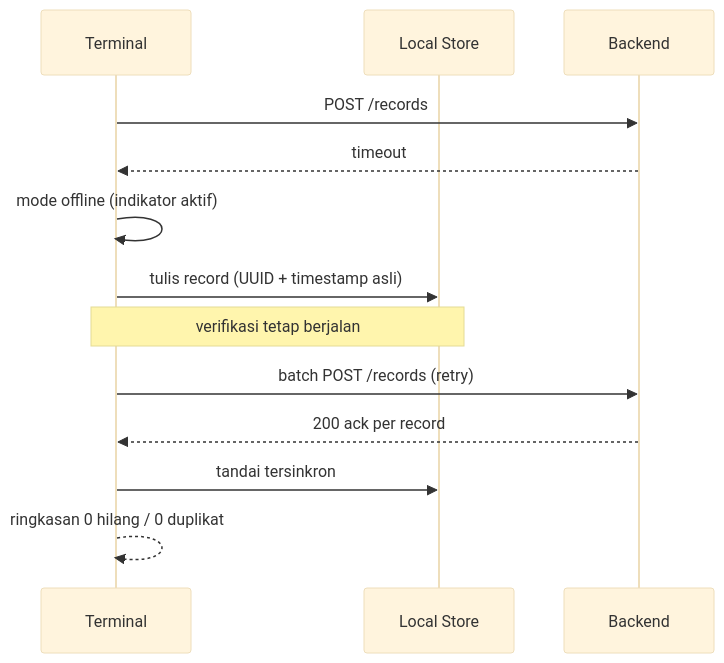
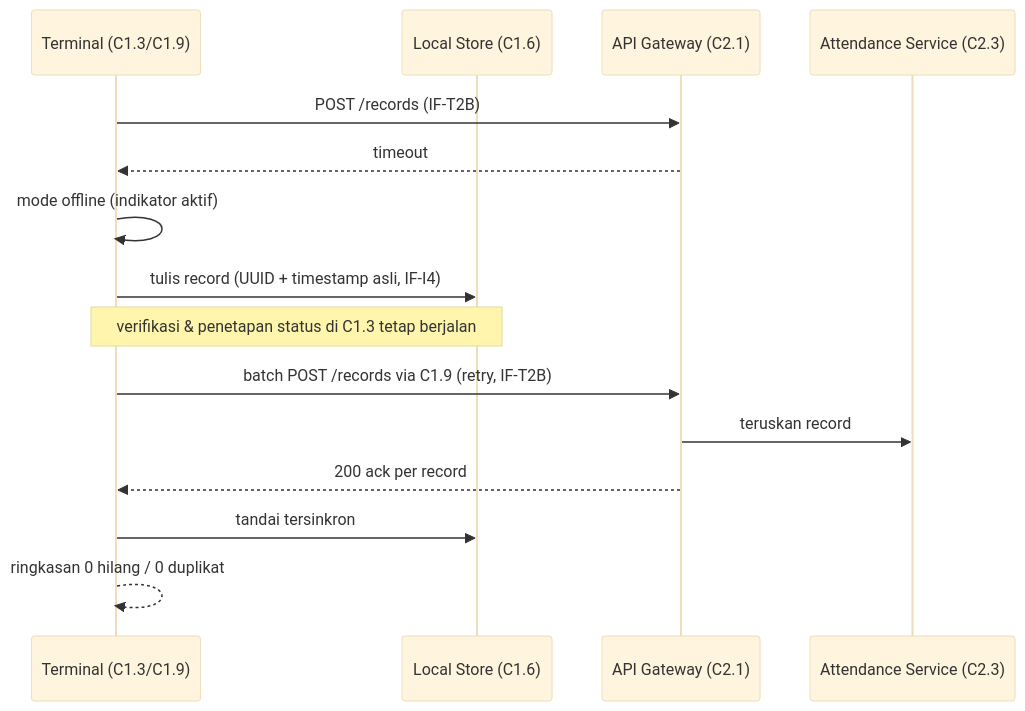
Before and after one commit to JhonsJSSimatupang/Proyek-Rekayasa-Sistem-Komputer-: the fourth of 5 diagrams in 02_DOKUMENTASI_SUMBER/S4_UseCase_Sequence.md, drawn with Mermaid (base theme). The commit also changed other lines of this file and 34 other files, not shown here.

````diff
--- a/02_DOKUMENTASI_SUMBER/S4_UseCase_Sequence.md
+++ b/02_DOKUMENTASI_SUMBER/S4_UseCase_Sequence.md
@@ -223,16 +241,18 @@
 ```mermaid
 sequenceDiagram
-  participant T as Terminal
-  participant LS as Local Store
-  participant BE as Backend
+  participant T as Terminal (C1.3/C1.9)
+  participant LS as Local Store (C1.6)
+  participant GW as API Gateway (C2.1)
+  participant AS as Attendance Service (C2.3)
 
-  T->>BE: POST /records
-  BE-->>T: timeout
+  T->>GW: POST /records (IF-T2B)
+  GW-->>T: timeout
   T->>T: mode offline (indikator aktif)
-  T->>LS: tulis record (UUID + timestamp asli)
-  Note over T,LS: verifikasi tetap berjalan
-  T->>BE: batch POST /records (retry)
-  BE-->>T: 200 ack per record
+  T->>LS: tulis record (UUID + timestamp asli, IF-I4)
+  Note over T,LS: verifikasi & penetapan status di C1.3 tetap berjalan
+  T->>GW: batch POST /records via C1.9 (retry, IF-T2B)
+  GW->>AS: teruskan record
+  GW-->>T: 200 ack per record
   T->>LS: tandai tersinkron
   T-->>T: ringkasan 0 hilang / 0 duplikat
 ```
````
